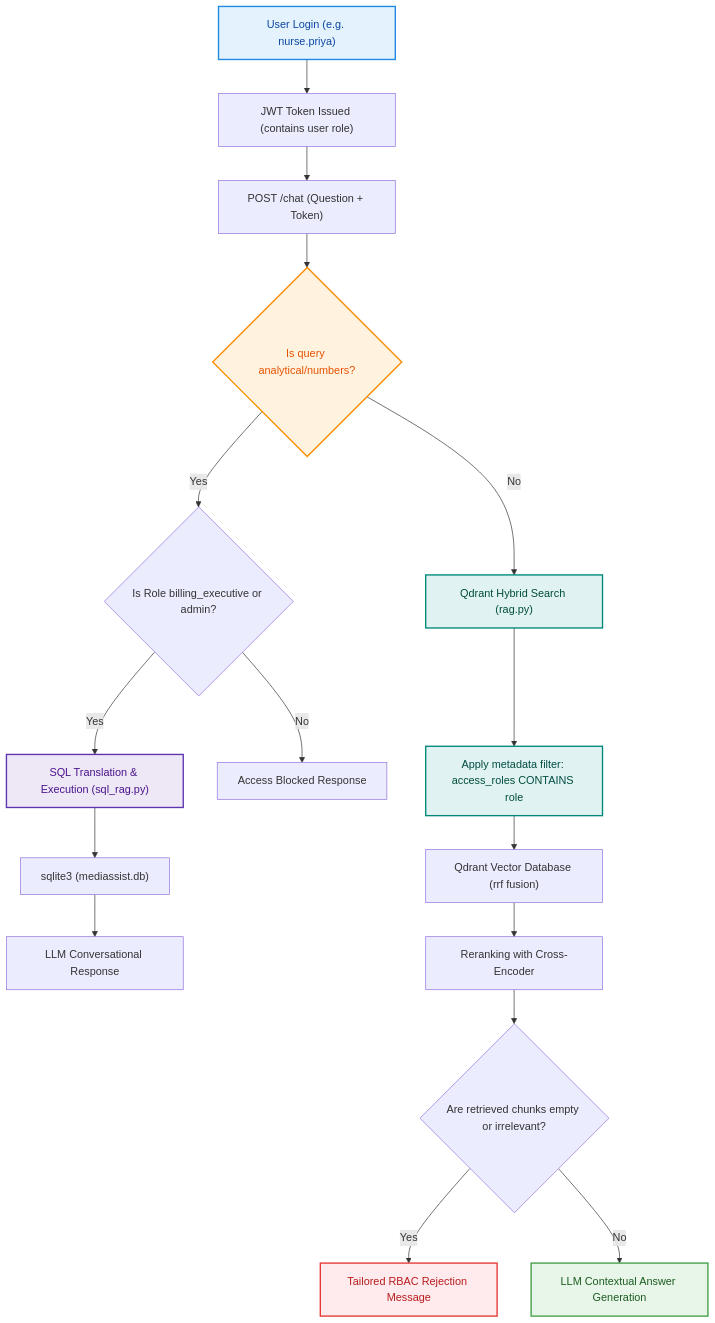
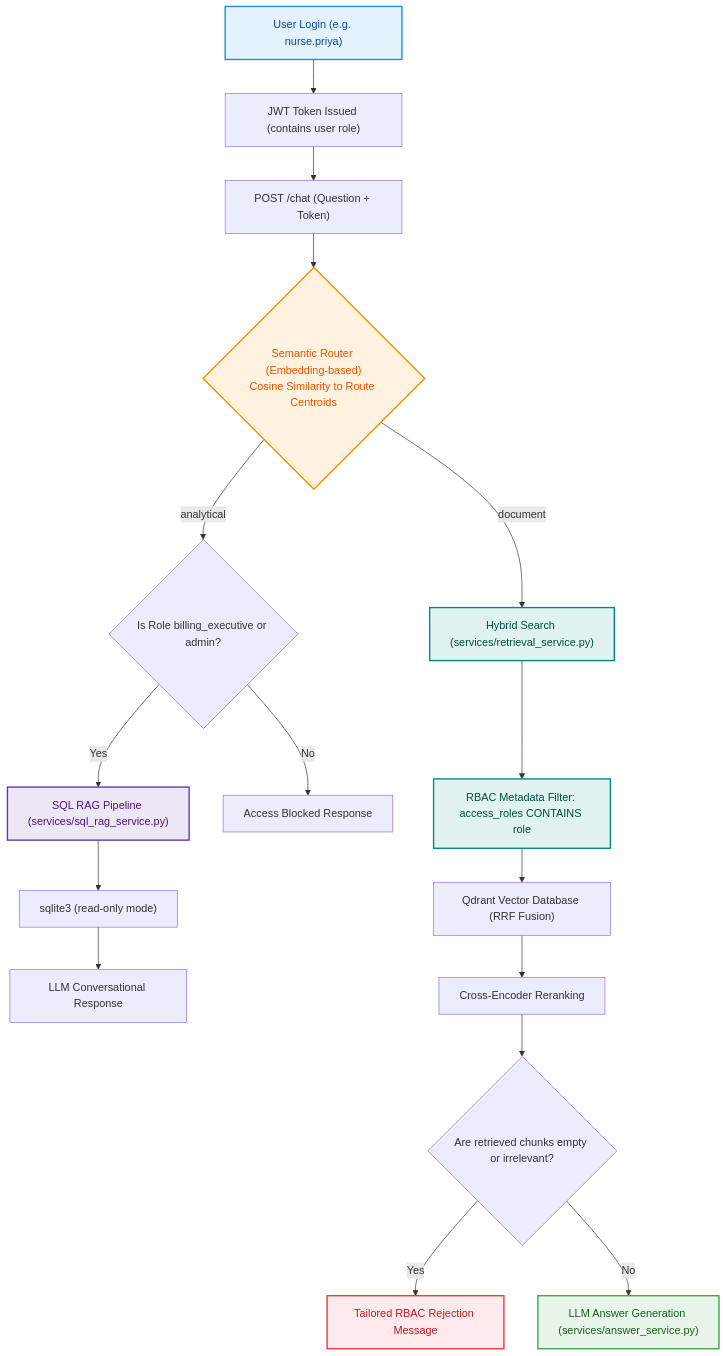
One commit to abhishektimmaraju-dot/MEDIBOT changed the diagram in README.md. Above: the diagram before and after it, drawn with Mermaid. The commit also changed other lines of this file and 1 other file, not shown here.

First line of the commit message:
docs: update README and add architecture diagram for v2.0 layered refactor

````diff
--- a/README.md
+++ b/README.md
@@ -11,30 +13,30 @@
 ```mermaid
 flowchart TD
     A["User Login (e.g. nurse.priya)"] --> B["JWT Token Issued (contains user role)"]
     B --> C["POST /chat (Question + Token)"]
-    C --> D{"Is query analytical/numbers?"}
+    C --> D{"Semantic Router (Embedding-based)\nCosine Similarity to Route Centroids"}
     
     %% Analytical Route
-    D -- "Yes" --> E{"Is Role billing_executive or admin?"}
-    E -- "Yes" --> F["SQL Translation & Execution (sql_rag.py)"]
-    F --> G["sqlite3 (mediassist.db)"]
+    D -- "analytical" --> E{"Is Role billing_executive or admin?"}
+    E -- "Yes" --> F["SQL RAG Pipeline (services/sql_rag_service.py)"]
+    F --> G["sqlite3 (read-only mode)"]
     G --> H["LLM Conversational Response"]
     E -- "No" --> I["Access Blocked Response"]
     
     %% Document Route
-    D -- "No" --> J["Qdrant Hybrid Search (rag.py)"]
-    J --> K["Apply metadata filter: access_roles CONTAINS role"]
-    K --> L["Qdrant Vector Database (rrf fusion)"]
-    L --> M["Reranking with Cross-Encoder"]
+    D -- "document" --> J["Hybrid Search (services/retrieval_service.py)"]
+    J --> K["RBAC Metadata Filter: access_roles CONTAINS role"]
+    K --> L["Qdrant Vector Database (RRF Fusion)"]
+    L --> M["Cross-Encoder Reranking"]
     M --> N{"Are retrieved chunks empty or irrelevant?"}
     N -- "Yes" --> O["Tailored RBAC Rejection Message"]
-    N -- "No" --> P["LLM Contextual Answer Generation"]
+    N -- "No" --> P["LLM Answer Generation (services/answer_service.py)"]
 
     style A fill:#E3F2FD,stroke:#1E88E5,stroke-width:2px,color:#0D47A1
     style D fill:#FFF3E0,stroke:#FB8C00,stroke-width:2px,color:#E65100
     style F fill:#EDE7F6,stroke:#5E35B1,stroke-width:2px,color:#4A148C
     style J fill:#E0F2F1,stroke:#00897B,stroke-width:2px,color:#004D40
     style K fill:#E0F2F1,stroke:#00897B,stroke-width:2px,color:#004D40
     style O fill:#FFEBEE,stroke:#E53935,stroke-width:2px,color:#B71C1C
     style P fill:#E8F5E9,stroke:#43A047,stroke-width:2px,color:#1B5E20
 ```
````
